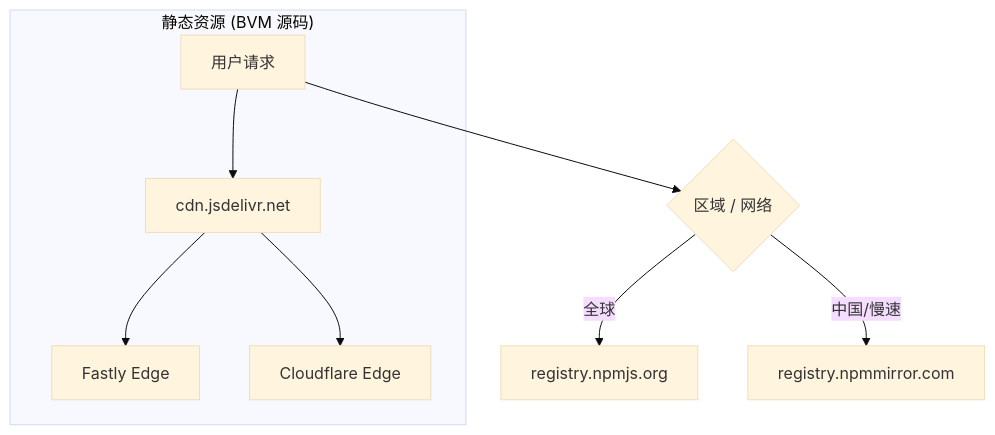
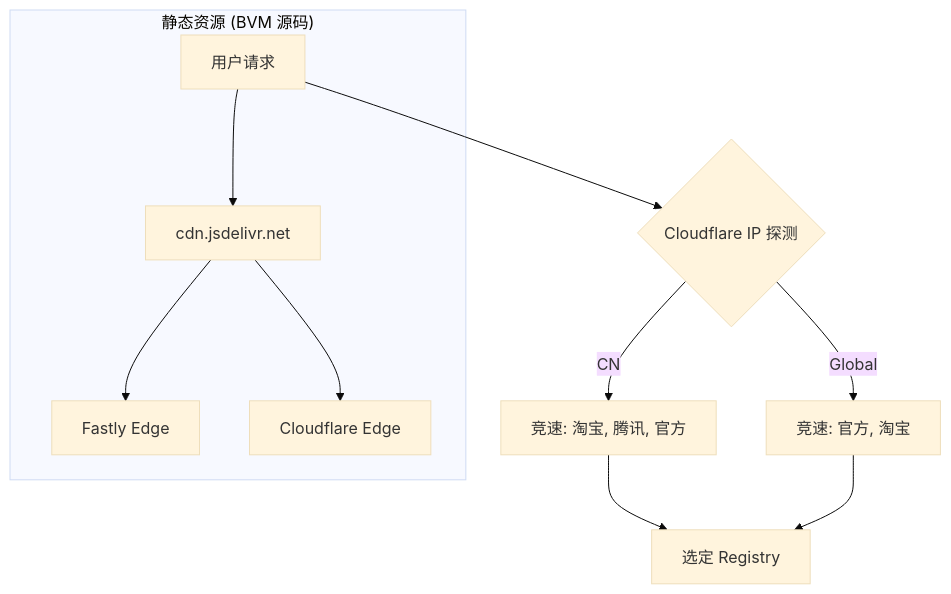
Before and after one commit to EricLLLLLL/bvm: the sixth of 6 diagrams in conductor/architecture.md, drawn with Mermaid (base theme). The commit also changed other lines of this file, not shown here.

Commit message:
docs: Update architecture documentation and BVM architect skill reference

````diff
--- a/conductor/architecture.md
+++ b/conductor/architecture.md
@@ -193,13 +199,15 @@
 ```mermaid
 graph TD
-    UserRequest[用户请求] --> Context{区域 / 网络}
+    UserRequest[用户请求] --> Geo{Cloudflare IP 探测}
+    Geo -- CN --> Race_CN[竞速: 淘宝, 腾讯, 官方]
+    Geo -- Global --> Race_Global[竞速: 官方, 淘宝]
     
-    Context -- 全球 --> NPM_Global[registry.npmjs.org]
-    Context -- 中国/慢速 --> NPM_Mirror[registry.npmmirror.com]
+    Race_CN --> Selected_Mirror[选定 Registry]
+    Race_Global --> Selected_Mirror
     
     subgraph "静态资源 (BVM 源码)"
     UserRequest --> jsDelivr[cdn.jsdelivr.net]
     jsDelivr --> Fastly[Fastly Edge]
     jsDelivr --> Cloudflare[Cloudflare Edge]
     end
 ```
````
